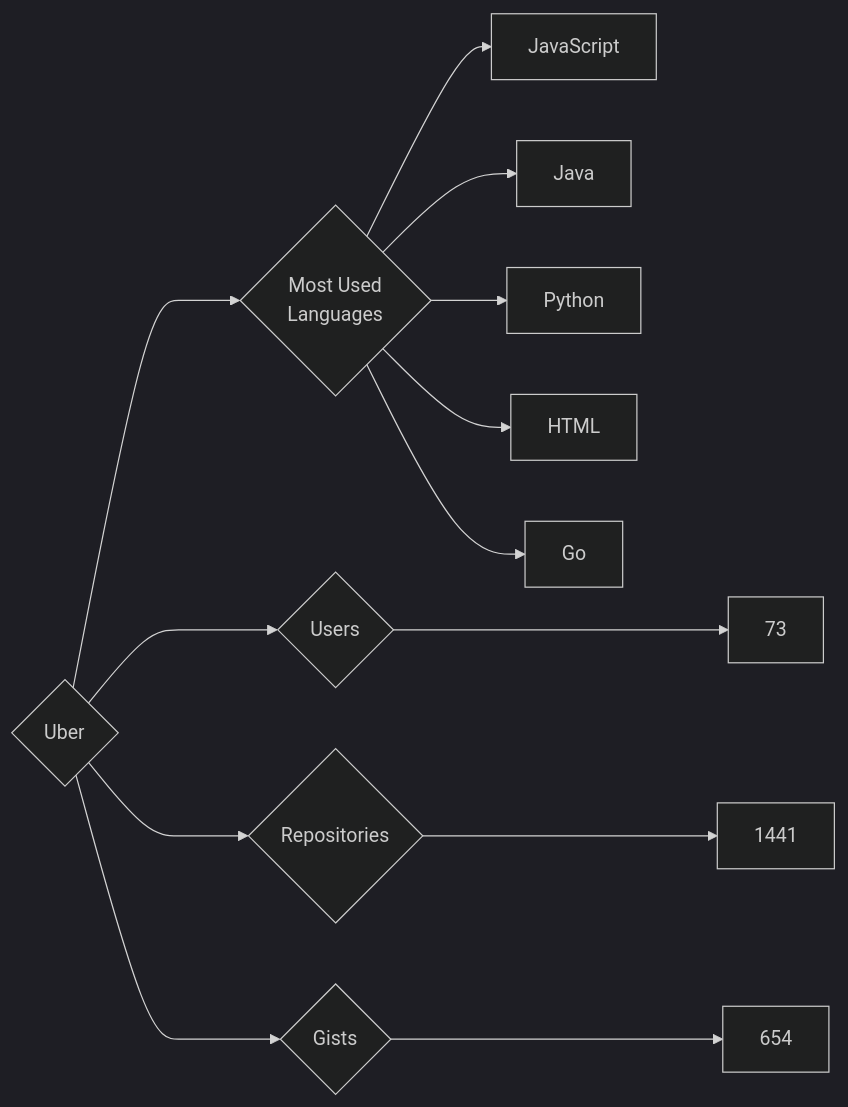
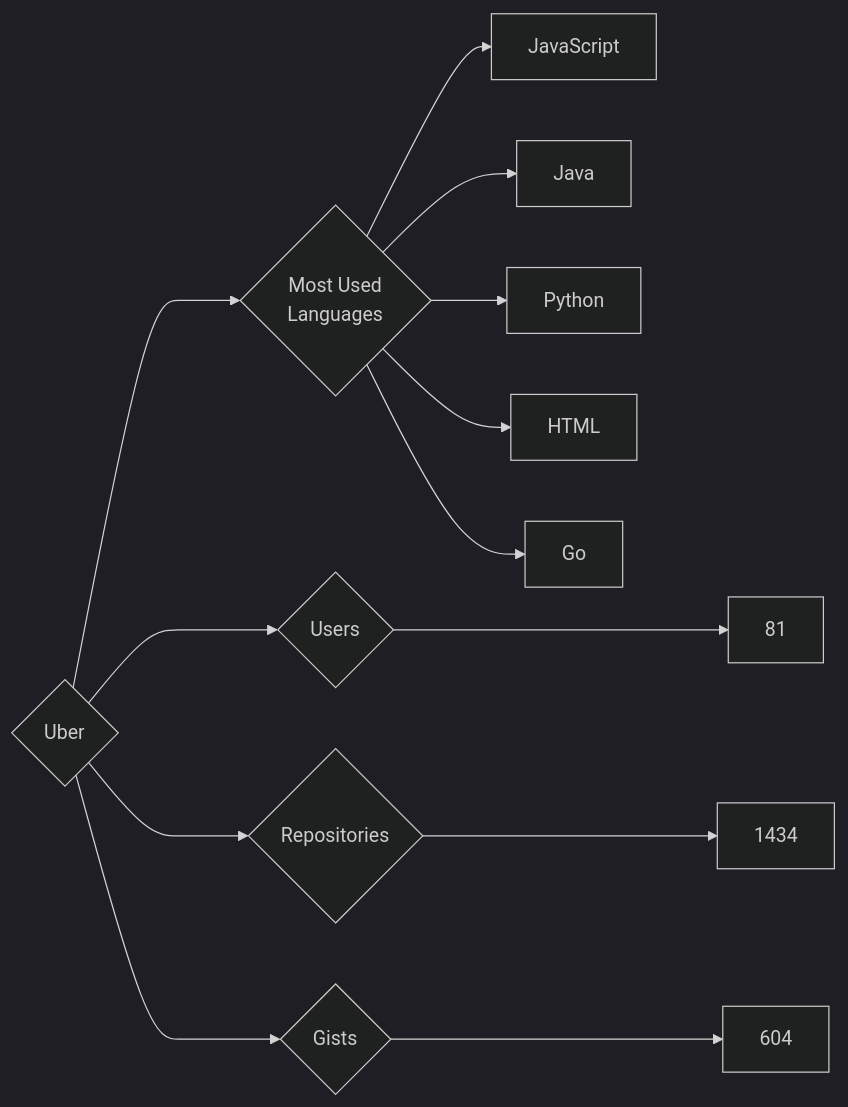
One commit to trickest/insiders changed the diagram in targets/Uber/README.md. Above: the diagram before and after it, drawn with Mermaid (dark theme). The commit also changed 1508 other files, not shown here.

````diff
--- a/targets/Uber/README.md
+++ b/targets/Uber/README.md
@@ -3,13 +3,13 @@
 ```mermaid
 graph LR
 COMPANY_NAME{Uber}
-COMPANY_NAME ---> U{Users} ---> UN[73]
-COMPANY_NAME ---> R{Repositories} ---> RN[1441]
-COMPANY_NAME ---> G{Gists} ---> GN[654]
+COMPANY_NAME ---> U{Users} ---> UN[81]
+COMPANY_NAME ---> R{Repositories} ---> RN[1434]
+COMPANY_NAME ---> G{Gists} ---> GN[604]
 COMPANY_NAME ---> ML{Most Used<br>Languages}
 ML --> JavaScript[JavaScript]
 ML --> Java[Java]
 ML --> Python[Python]
 ML --> HTML[HTML]
 ML --> Go[Go]
 ```
````
